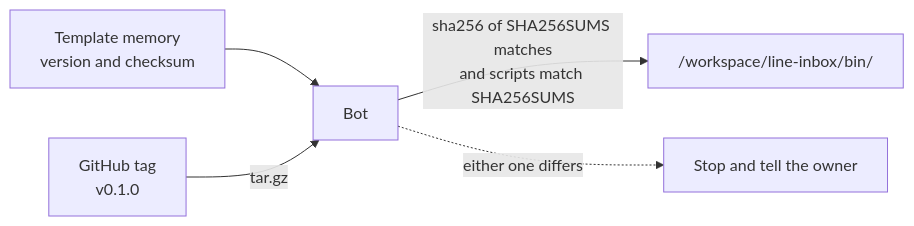
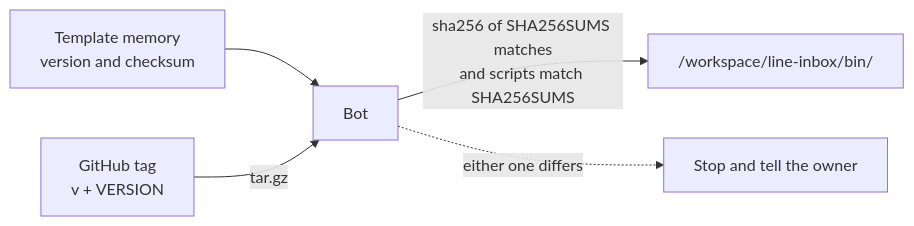
The diagram in README.en.md (keesmark/grok-bot-line-desk), drawn with Mermaid before and after one commit. The commit also changed other lines of this file and 4 other files, not shown here.

````diff
--- a/README.en.md
+++ b/README.en.md
@@ -25,7 +25,7 @@
 ```mermaid
 flowchart LR
   M[Template memory<br>version and checksum] --> B[Bot]
-  R[GitHub tag<br>v0.1.0] -->|tar.gz| B
+  R[GitHub tag<br>v + VERSION] -->|tar.gz| B
   B -->|sha256 of SHA256SUMS matches<br>and scripts match SHA256SUMS| W["/workspace/line-inbox/bin/"]
   B -.->|either one differs| S[Stop and tell the owner]
 ```
````
